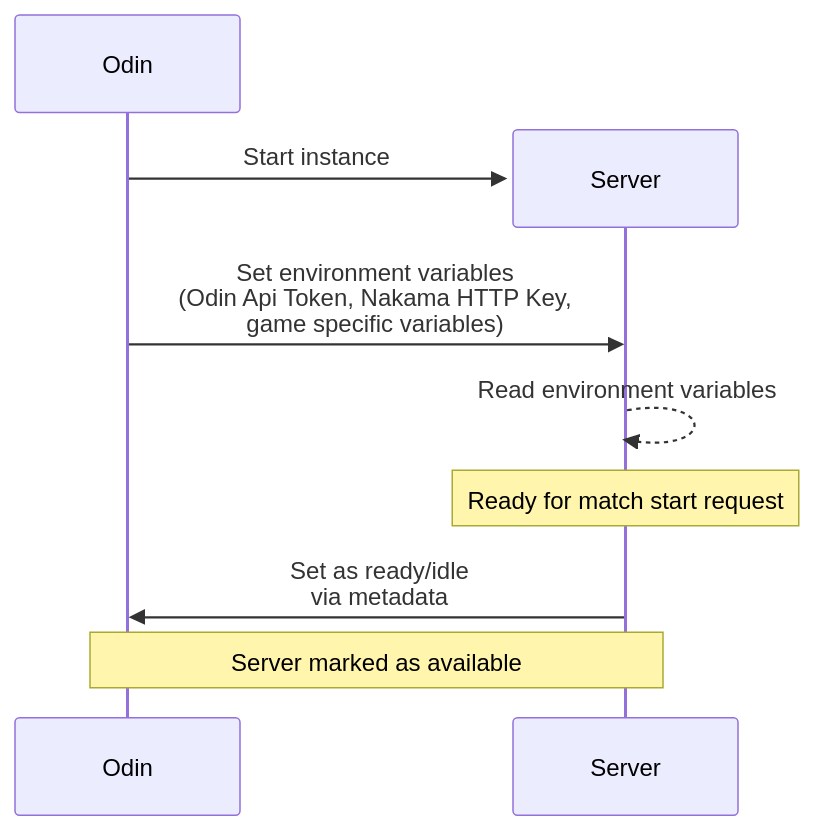
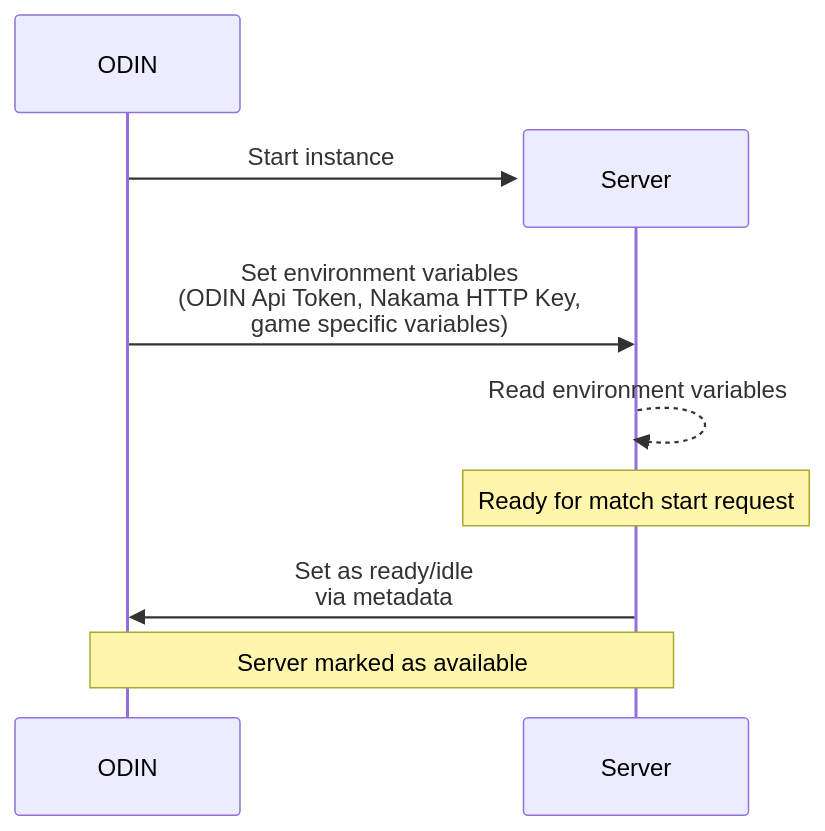
The second of 4 diagrams in README.md (4Players/odin-nakama-fleet-manager), drawn with Mermaid before and after one commit. The commit also changed other lines of this file, not shown here.

````diff
--- a/README.md
+++ b/README.md
@@ -45,12 +45,12 @@
 ```mermaid
 sequenceDiagram
-    participant Odin
+    participant ODIN
 
     create participant Server
-    Odin ->> Server: Start instance
-    Odin ->> Server: Set environment variables <br>(Odin Api Token, Nakama HTTP Key, <br> game specific variables) 
+    ODIN ->> Server: Start instance
+    ODIN ->> Server: Set environment variables <br>(ODIN Api Token, Nakama HTTP Key, <br> game specific variables) 
     Server -->> Server: Read environment variables
     note over Server: Ready for match start request
-    Server ->> Odin: Set as ready/idle <br>via metadata
-    note over Server,Odin: Server marked as available
+    Server ->> ODIN: Set as ready/idle <br>via metadata
+    note over Server,ODIN: Server marked as available
 ```
````
